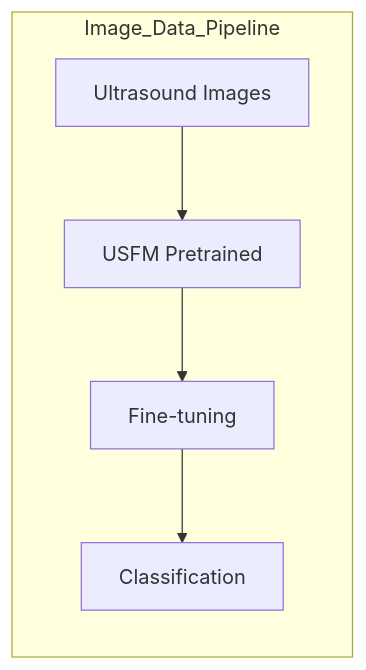
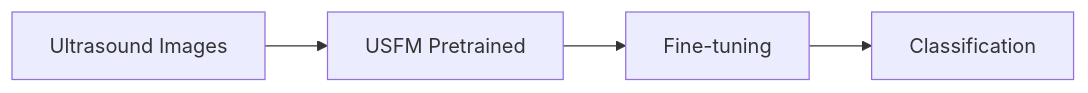
Before and after one commit to koeshin/liver_cirrhosis-prediction: the second of 2 diagrams in README.md, drawn with Mermaid.

Commit message:
Fix Image Data Mermaid diagram layout to be horizontal

````diff
--- a/README.md
+++ b/README.md
@@ -28,8 +28,6 @@
 ```mermaid
 graph LR
-    subgraph Image_Data_Pipeline
-        E[Ultrasound Images] --> F[USFM Pretrained];
-        F --> G[Fine-tuning];
-        G --> H[Classification];
-    end
+    E[Ultrasound Images] --> F[USFM Pretrained];
+    F --> G[Fine-tuning];
+    G --> H[Classification];
 ```
````
